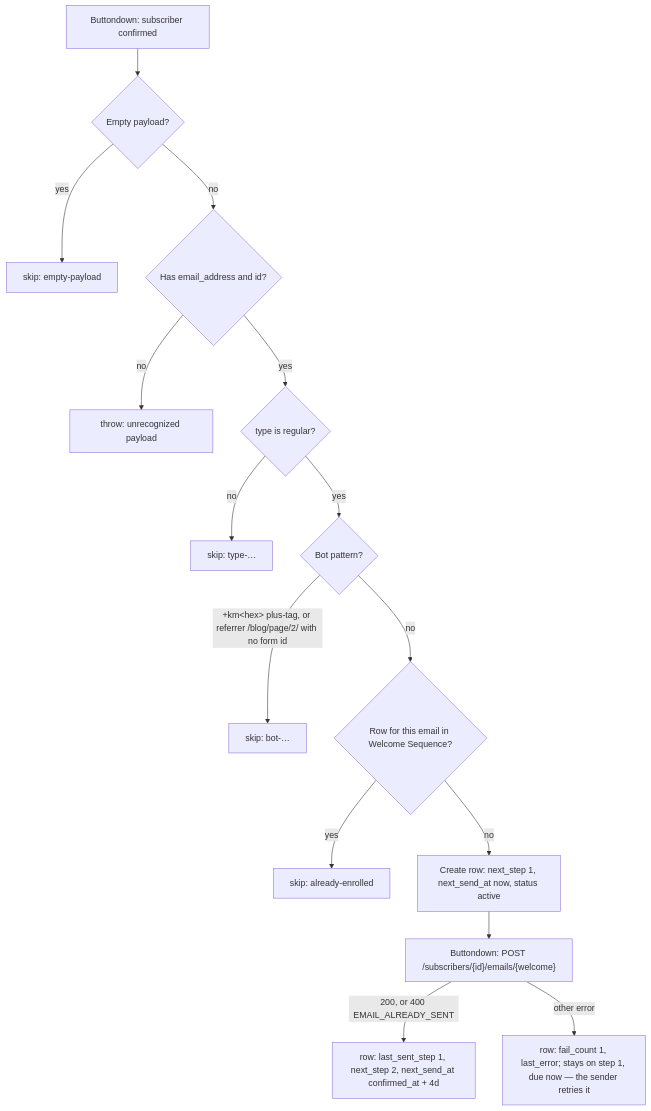
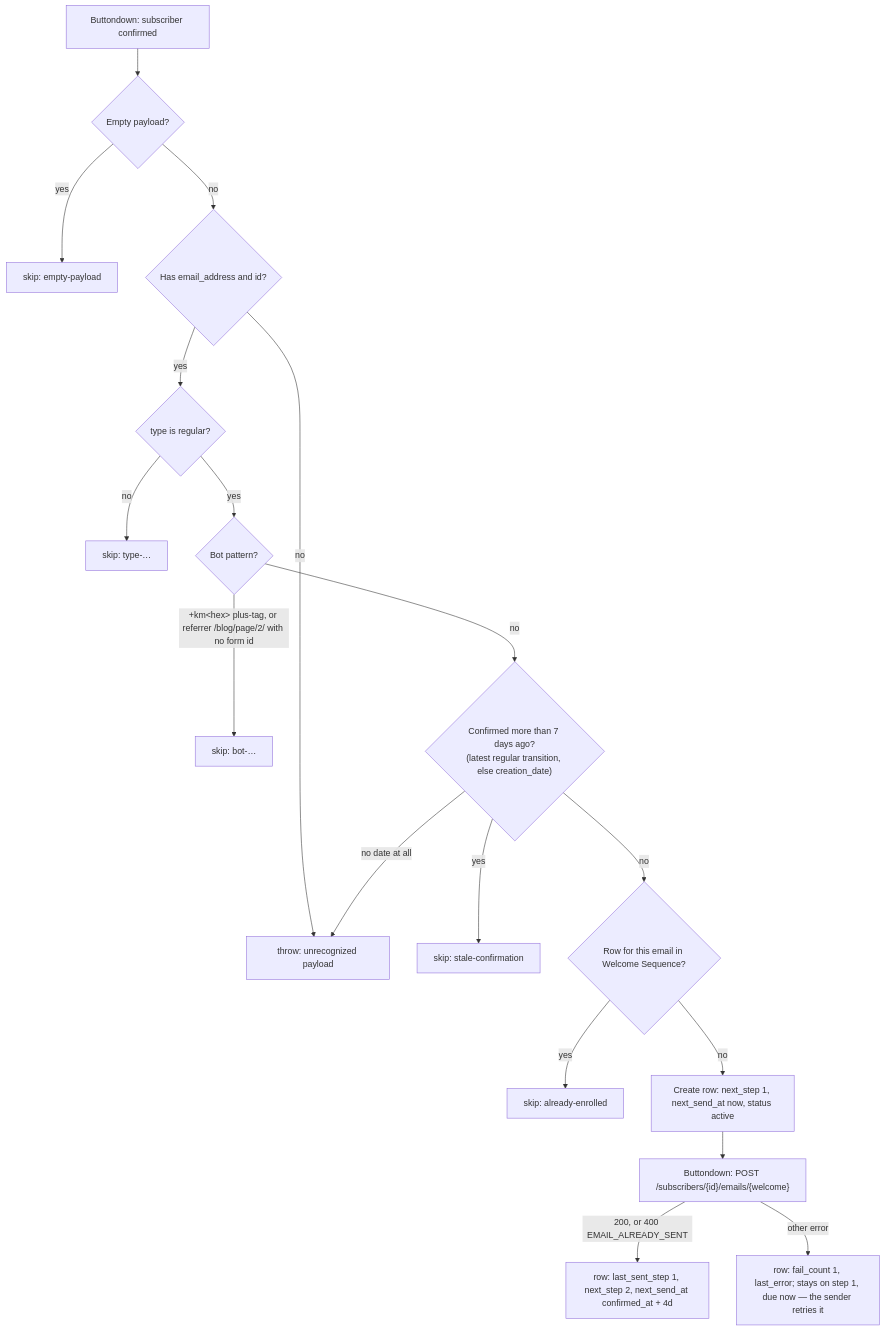
One commit to work-flowers/zapier-sdk changed the diagram in flow-statements-welcome-enrol/README.md. Above: the diagram before and after it, drawn with Mermaid. The commit also changed other lines of this file and 7 other files, not shown here.

````diff
--- a/flow-statements-welcome-enrol/README.md
+++ b/flow-statements-welcome-enrol/README.md
@@ -13,17 +13,20 @@
 ```mermaid
 flowchart TD
   A[Buttondown: subscriber confirmed] --> B{Empty payload?}
   B -- yes --> S0[skip: empty-payload]
   B -- no --> C{Has email_address and id?}
   C -- no --> ERR[throw: unrecognized payload]
   C -- yes --> D{type is regular?}
   D -- no --> S1[skip: type-…]
   D -- yes --> E{Bot pattern?}
   E -- "+km&lt;hex&gt; plus-tag, or referrer /blog/page/2/ with no form id" --> S2[skip: bot-…]
-  E -- no --> F{Row for this email in Welcome Sequence?}
+  E -- no --> T{"Confirmed more than 7 days ago?<br/>(latest regular transition, else creation_date)"}
+  T -- yes --> S4[skip: stale-confirmation]
+  T -- "no date at all" --> ERR
+  T -- no --> F{Row for this email in Welcome Sequence?}
   F -- yes --> S3[skip: already-enrolled]
   F -- no --> G["Create row: next_step 1, next_send_at now, status active"]
   G --> H["Buttondown: POST /subscribers/{id}/emails/{welcome}"]
   H -- "200, or 400 EMAIL_ALREADY_SENT" --> I["row: last_sent_step 1, next_step 2, next_send_at confirmed_at + 4d"]
   H -- other error --> J["row: fail_count 1, last_error; stays on step 1, due now — the sender retries it"]
 ```
````
